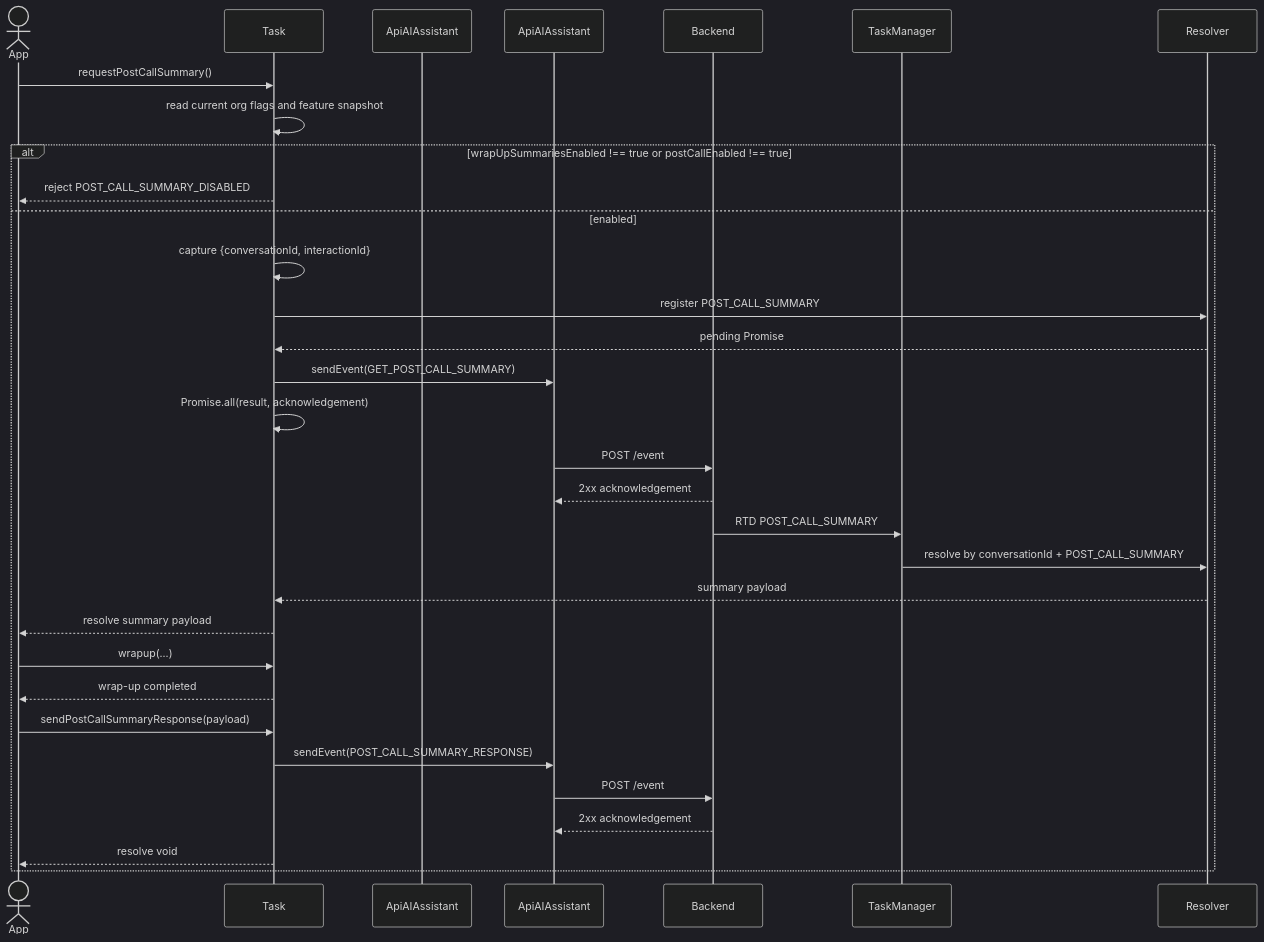
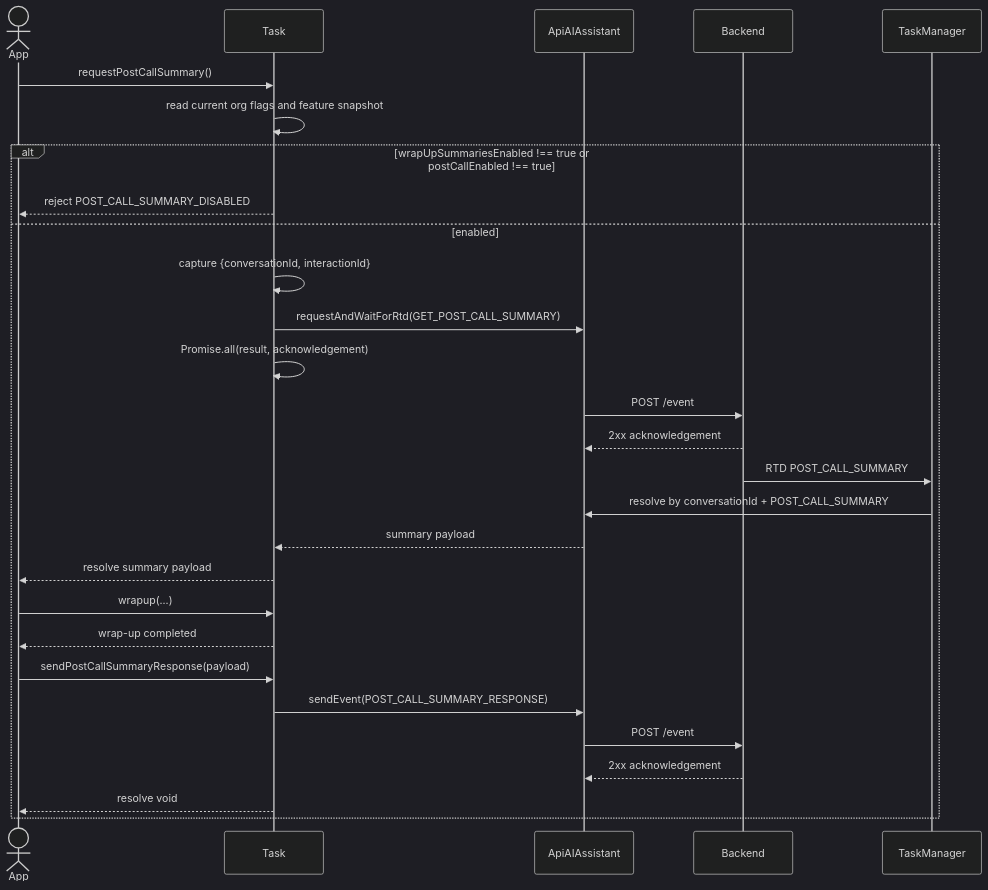
The seventh of 10 diagrams in packages/@webex/contact-center/src/services/task/ai-docs/ARCHITECTURE.md (webex/webex-js-sdk), drawn with Mermaid (dark theme) before and after one commit. The commit also changed other lines of this file and 19 other files, not shown here.

````diff
--- a/packages/@webex/contact-center/src/services/task/ai-docs/ARCHITECTURE.md
+++ b/packages/@webex/contact-center/src/services/task/ai-docs/ARCHITECTURE.md
@@ -427,34 +424,31 @@
 ```mermaid
 sequenceDiagram
   actor App
   participant Task
   participant Api as ApiAIAssistant
-  participant API as ApiAIAssistant
   participant Backend
   participant TM as TaskManager
 
   App->>Task: requestPostCallSummary()
   Task->>Task: read current org flags and feature snapshot
   alt wrapUpSummariesEnabled !== true or postCallEnabled !== true
     Task-->>App: reject POST_CALL_SUMMARY_DISABLED
   else enabled
     Task->>Task: capture {conversationId, interactionId}
-    Task->>Resolver: register POST_CALL_SUMMARY
-    Resolver-->>Task: pending Promise
-    Task->>API: sendEvent(GET_POST_CALL_SUMMARY)
+    Task->>Api: requestAndWaitForRtd(GET_POST_CALL_SUMMARY)
     Task->>Task: Promise.all(result, acknowledgement)
-    API->>Backend: POST /event
-    Backend-->>API: 2xx acknowledgement
+    Api->>Backend: POST /event
+    Backend-->>Api: 2xx acknowledgement
     Backend->>TM: RTD POST_CALL_SUMMARY
-    TM->>Resolver: resolve by conversationId + POST_CALL_SUMMARY
-    Resolver-->>Task: summary payload
+    TM->>Api: resolve by conversationId + POST_CALL_SUMMARY
+    Api-->>Task: summary payload
     Task-->>App: resolve summary payload
     App->>Task: wrapup(...)
     Task-->>App: wrap-up completed
     App->>Task: sendPostCallSummaryResponse(payload)
-    Task->>API: sendEvent(POST_CALL_SUMMARY_RESPONSE)
-    API->>Backend: POST /event
-    Backend-->>API: 2xx acknowledgement
+    Task->>Api: sendEvent(POST_CALL_SUMMARY_RESPONSE)
+    Api->>Backend: POST /event
+    Backend-->>Api: 2xx acknowledgement
     Task-->>App: resolve void
   end
 ```
````
